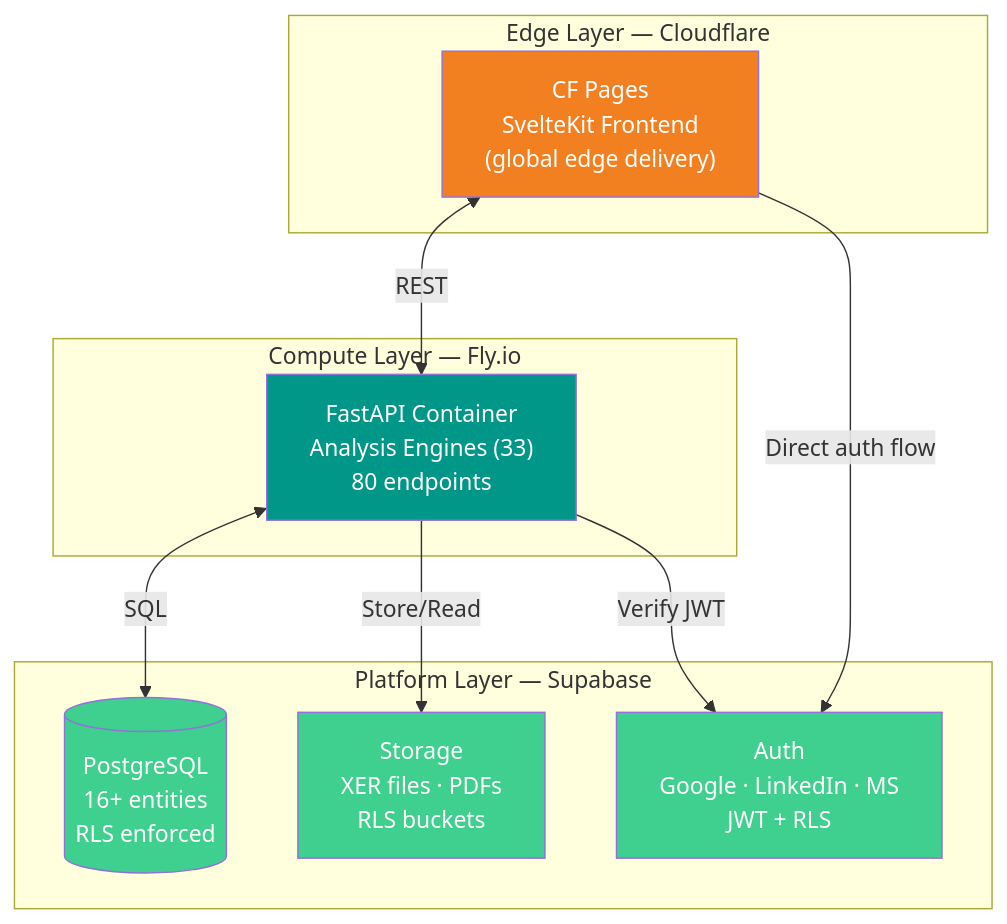
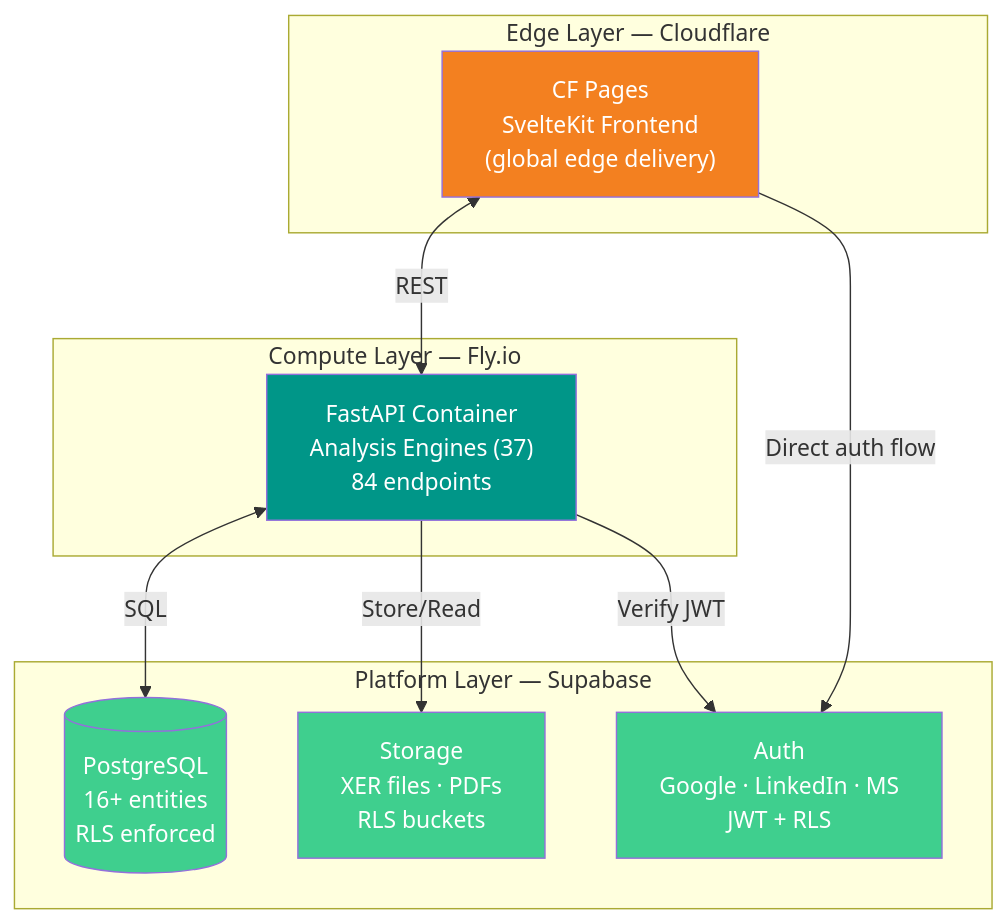
Before and after one commit to VitorMRodovalho/meridianiq: the first of 2 diagrams in README.md, drawn with Mermaid. The commit also changed other lines of this file and 3 other files, not shown here.

````diff
--- a/README.md
+++ b/README.md
@@ -112,28 +112,28 @@
 ```mermaid
 graph TB
     subgraph "Edge Layer — Cloudflare"
         CF_PAGES["CF Pages<br/>SvelteKit Frontend<br/>(global edge delivery)"]
     end
 
     subgraph "Compute Layer — Fly.io"
-        FASTAPI["FastAPI Container<br/>Analysis Engines (33)<br/>80 endpoints"]
+        FASTAPI["FastAPI Container<br/>Analysis Engines (37)<br/>84 endpoints"]
     end
 
     subgraph "Platform Layer — Supabase"
         AUTH["Auth<br/>Google · LinkedIn · MS<br/>JWT + RLS"]
         DB[("PostgreSQL<br/>16+ entities<br/>RLS enforced")]
         STORAGE["Storage<br/>XER files · PDFs<br/>RLS buckets"]
     end
 
     CF_PAGES <-->|"REST"| FASTAPI
     FASTAPI <-->|"SQL"| DB
     FASTAPI -->|"Store/Read"| STORAGE
     FASTAPI -->|"Verify JWT"| AUTH
     CF_PAGES -->|"Direct auth flow"| AUTH
 
     style CF_PAGES fill:#F38020,color:#fff
     style FASTAPI fill:#009688,color:#fff
     style DB fill:#3FCF8E,color:#fff
     style AUTH fill:#3FCF8E,color:#fff
     style STORAGE fill:#3FCF8E,color:#fff
 ```
````
